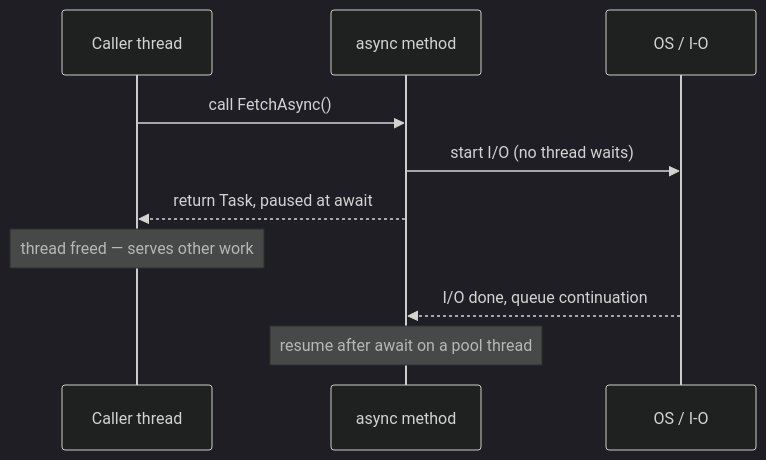
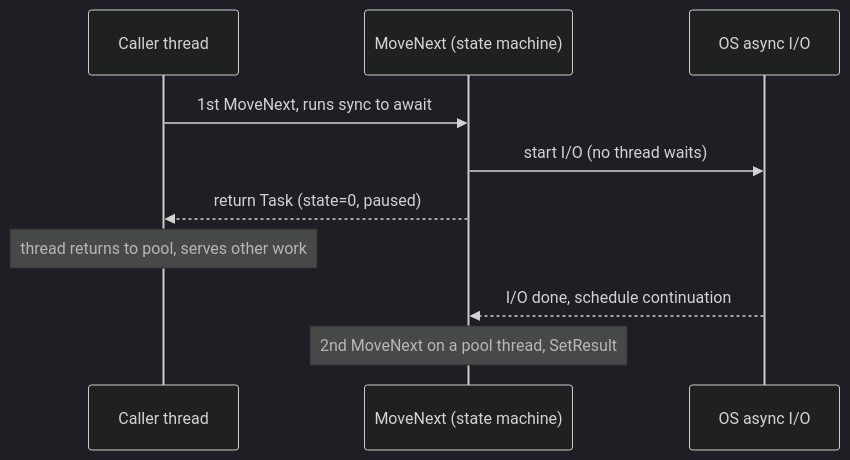
The diagram in content/Programming/Concurrency/Async and Await.md (M1re/EngineeringVault), drawn with Mermaid (dark theme) before and after one commit. The commit also changed other lines of this file and 1 other file, not shown here.

Commit message:
Sync Async/Await note with published version (restyle + fixes)

````diff
--- a/content/Programming/Concurrency/Async and Await.md
+++ b/content/Programming/Concurrency/Async and Await.md
@@ -25,12 +105,12 @@
 ```mermaid
 sequenceDiagram
     participant C as Caller thread
-    participant M as async method
-    participant OS as OS / I-O
-    C->>M: call FetchAsync()
+    participant M as MoveNext (state machine)
+    participant OS as OS async I/O
+    C->>M: 1st MoveNext, runs sync to await
     M->>OS: start I/O (no thread waits)
-    M-->>C: return Task, paused at await
-    Note over C: thread freed — serves other work
-    OS-->>M: I/O done, queue continuation
-    Note over M: resume after await on a pool thread
+    M-->>C: return Task (state=0, paused)
+    Note over C: thread returns to pool, serves other work
+    OS-->>M: I/O done, schedule continuation
+    Note over M: 2nd MoveNext on a pool thread, SetResult
 ```
````
